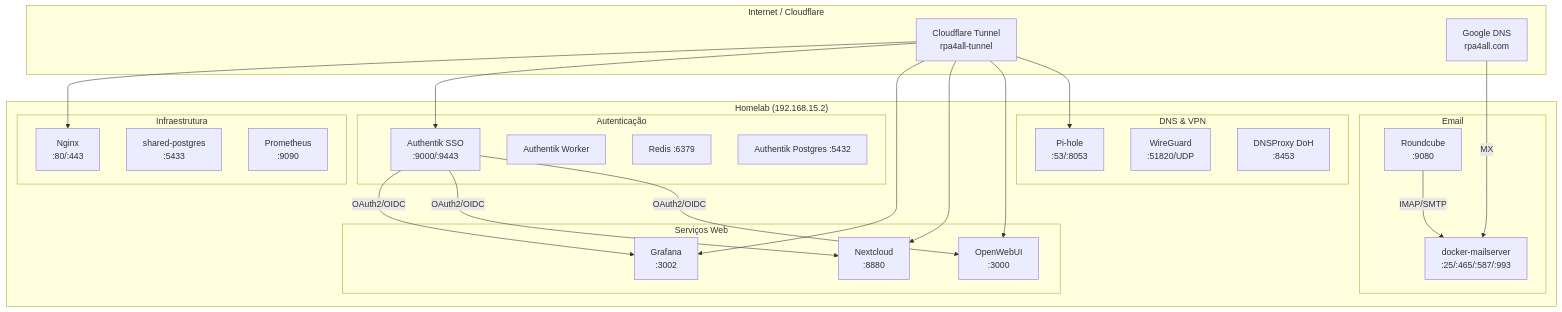
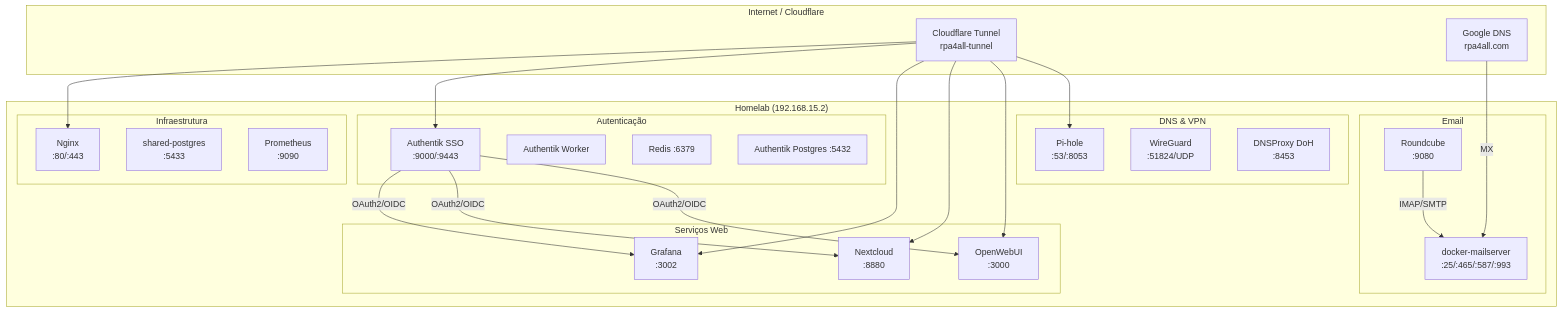
Before and after one commit to eddiejdi/eddie-auto-dev: the diagram in docs/AUTHENTIK_SSO_WIREGUARD_SETUP.md, drawn with Mermaid. The commit also changed other lines of this file and 5 other files, not shown here.

First line of the commit message:
docs: atualizar wiki com porta WireGuard 51824 e fallback SSH/runner

````diff
--- a/docs/AUTHENTIK_SSO_WIREGUARD_SETUP.md
+++ b/docs/AUTHENTIK_SSO_WIREGUARD_SETUP.md
@@ -11,53 +11,53 @@
 ```mermaid
 graph TB
     subgraph "Internet / Cloudflare"
         CF["Cloudflare Tunnel<br/>rpa4all-tunnel"]
         DNS["Google DNS<br/>rpa4all.com"]
     end
 
     subgraph "Homelab (192.168.15.2)"
         subgraph "Autenticação"
             AK["Authentik SSO<br/>:9000/:9443"]
             AKW["Authentik Worker"]
             AKR["Redis :6379"]
             AKP["Authentik Postgres :5432"]
         end
 
         subgraph "Serviços Web"
             GF["Grafana<br/>:3002"]
             NC["Nextcloud<br/>:8880"]
             OW["OpenWebUI<br/>:3000"]
         end
 
         subgraph "Email"
             MS["docker-mailserver<br/>:25/:465/:587/:993"]
             RC["Roundcube<br/>:9080"]
         end
 
         subgraph "DNS & VPN"
             PH["Pi-hole<br/>:53/:8053"]
-            WG["WireGuard<br/>:51820/UDP"]
+            WG["WireGuard<br/>:51824/UDP"]
             DP["DNSProxy DoH<br/>:8453"]
         end
 
         subgraph "Infraestrutura"
             NG["Nginx<br/>:80/:443"]
             EP["shared-postgres<br/>:5433"]
             PR["Prometheus<br/>:9090"]
         end
     end
 
     CF --> NG
     CF --> AK
     CF --> GF
     CF --> NC
     CF --> OW
     CF --> PH
 
     AK -->|OAuth2/OIDC| GF
     AK -->|OAuth2/OIDC| NC
     AK -->|OAuth2/OIDC| OW
 
     RC -->|IMAP/SMTP| MS
     DNS -->|MX| MS
 ```
````
